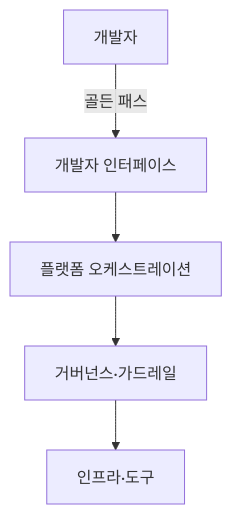
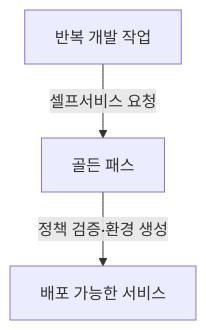
Before and after one commit to agnusdei1207/study: the first of 2 diagrams in src/content/docs/notes/itpe/02-software-engineering/033_platform_engineering.md, drawn with Mermaid. The commit also changed other lines of this file and 2 other files, not shown here.

Commit message:
Correct platform and architecture guidance

````diff
--- a/src/content/docs/notes/itpe/02-software-engineering/033_platform_engineering.md
+++ b/src/content/docs/notes/itpe/02-software-engineering/033_platform_engineering.md
@@ -53,7 +53,5 @@
 ```mermaid
 flowchart TB
-    DEV["개발자"] -->|"골든 패스"| L1["개발자 인터페이스"]
-    L1 --> L2["플랫폼 오케스트레이션"]
-    L2 --> L3["거버넌스·가드레일"]
-    L3 --> L4["인프라·도구"]
+    R["반복 개발 작업"] -->|"셀프서비스 요청"| P["골든 패스"]
+    P -->|"정책 검증·환경 생성"| I["배포 가능한 서비스"]
 ```
````
